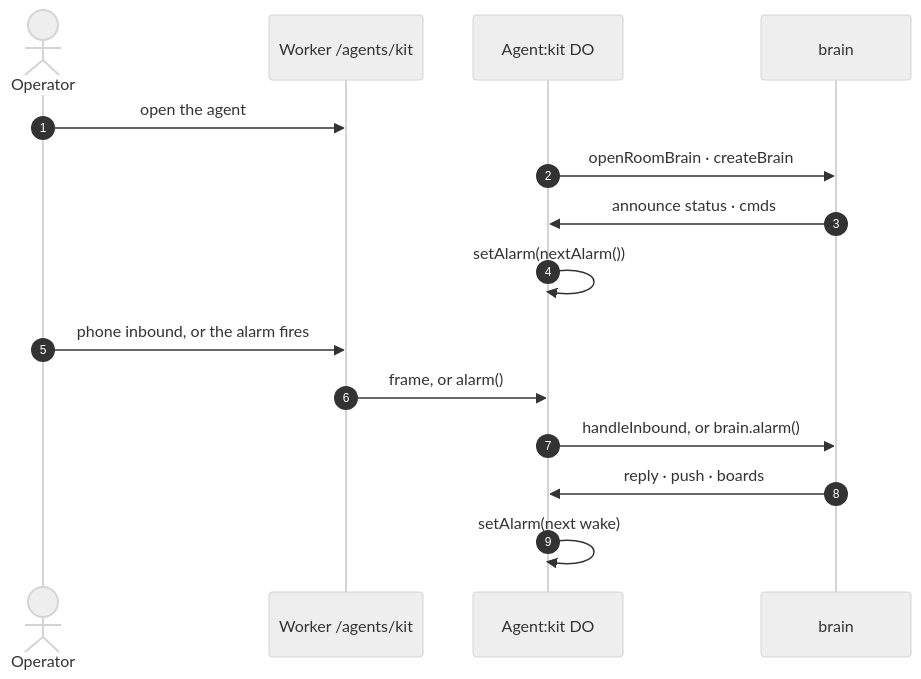
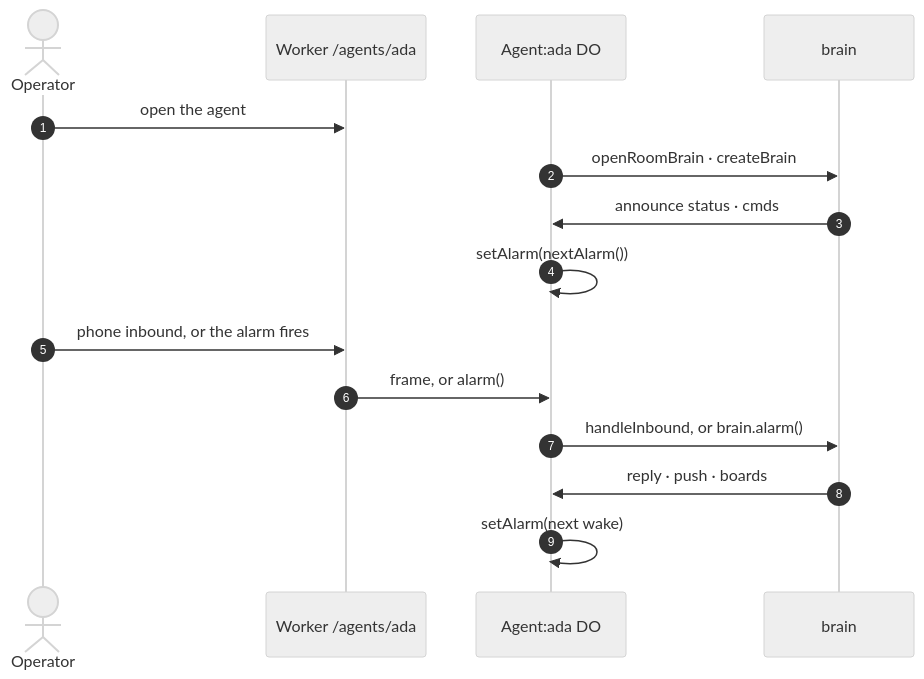
The eighth of 11 diagrams in docs/architecture.md (shotah/gantree2), drawn with Mermaid (neutral theme) before and after one commit. The commit also changed other lines of this file and 103 other files, not shown here.

````diff
--- a/docs/architecture.md
+++ b/docs/architecture.md
@@ -306,19 +332,19 @@
 ```mermaid
 sequenceDiagram
   autonumber
   actor O as Operator
-  participant W as Worker /agents/kit
-  participant A as Agent:kit DO
+  participant W as Worker /agents/ada
+  participant A as Agent:ada DO
   participant B as brain
 
   O->>W: open the agent
   A->>B: openRoomBrain · createBrain
   B->>A: announce status · cmds
   A->>A: setAlarm(nextAlarm())
 
   O->>W: phone inbound, or the alarm fires
   W->>A: frame, or alarm()
   A->>B: handleInbound, or brain.alarm()
   B->>A: reply · push · boards
   A->>A: setAlarm(next wake)
 ```
````
